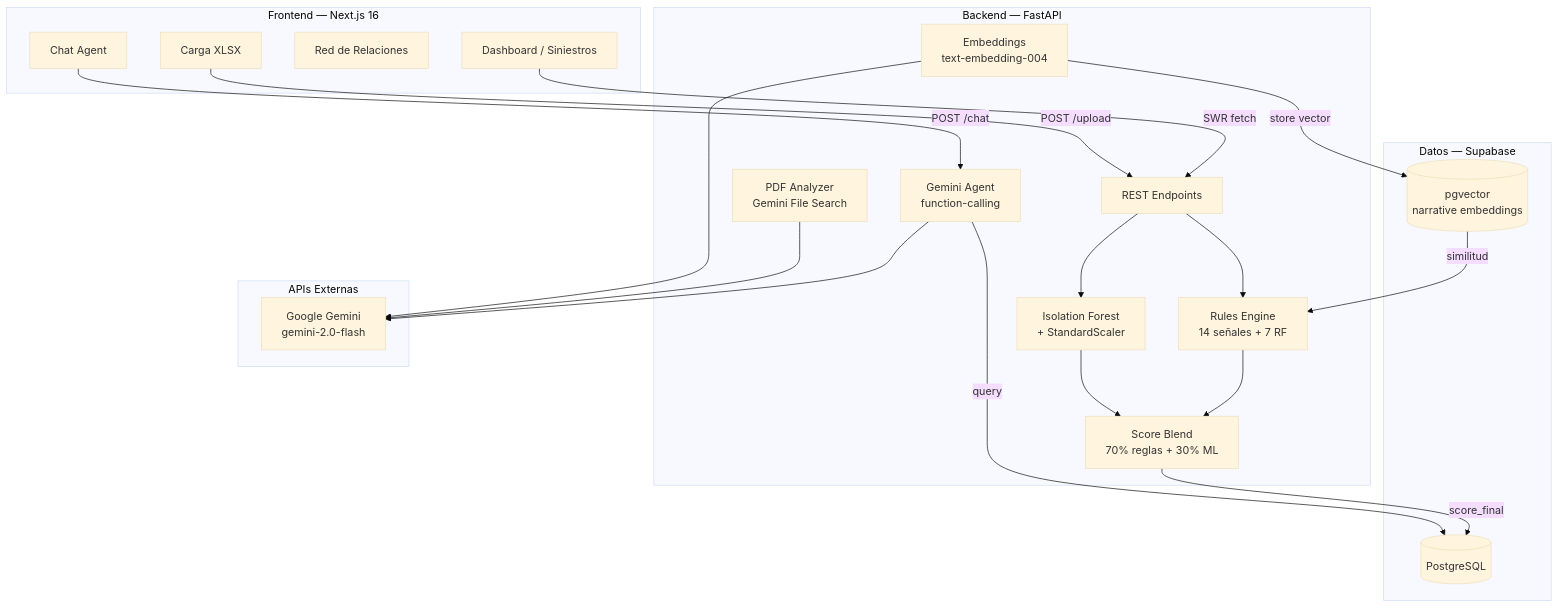
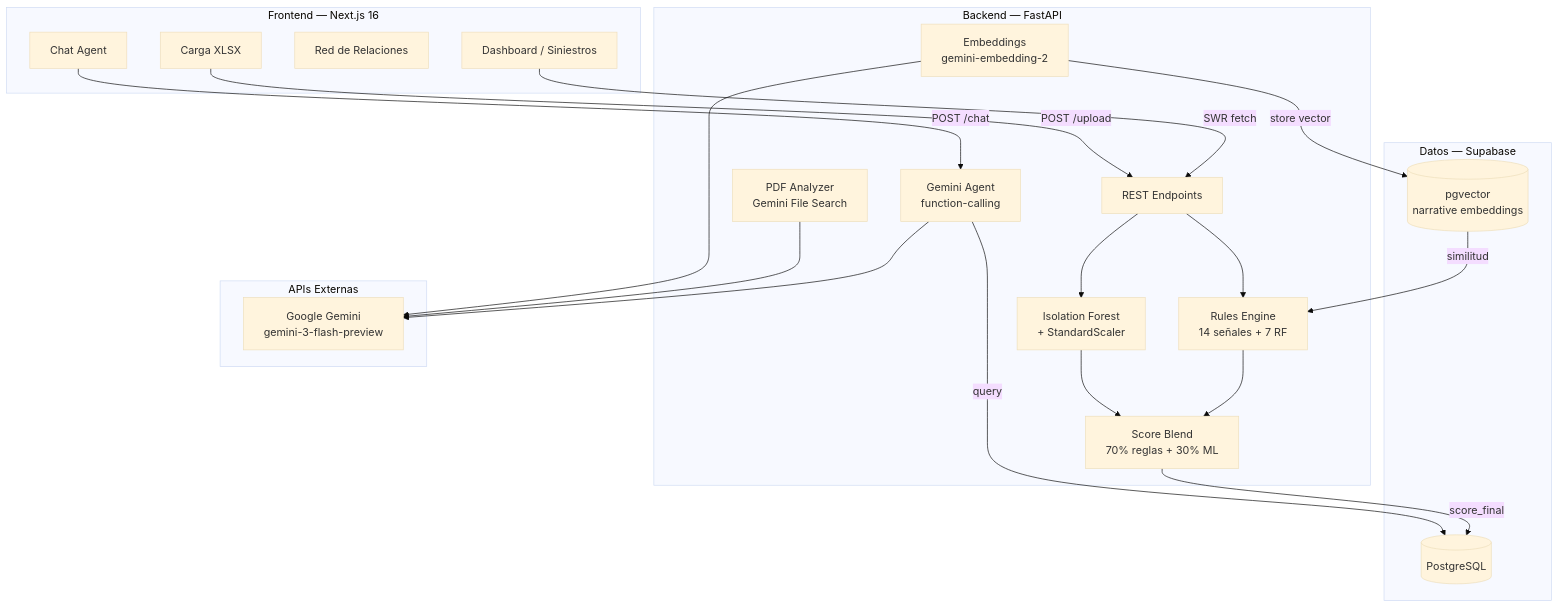
Before and after one commit to castro-bot/fraudy: the diagram in docs/arquitectura.md, drawn with Mermaid (base theme). The commit also changed 5 other files, not shown here.

````diff
--- a/docs/arquitectura.md
+++ b/docs/arquitectura.md
@@ -15,45 +15,45 @@
 ```mermaid
 flowchart TD
     subgraph Frontend["Frontend — Next.js 16"]
         DASH[Dashboard / Siniestros]
         CHAT[Chat Agent]
         RED[Red de Relaciones]
         UPLOAD[Carga XLSX]
     end
 
     subgraph Backend["Backend — FastAPI"]
         API[REST Endpoints]
         RULES[Rules Engine\n14 señales + 7 RF]
         MODEL[Isolation Forest\n+ StandardScaler]
         BLEND[Score Blend\n70% reglas + 30% ML]
         AGENT[Gemini Agent\nfunction-calling]
         PDF[PDF Analyzer\nGemini File Search]
-        EMB[Embeddings\ntext-embedding-004]
+        EMB[Embeddings\ngemini-embedding-2]
     end
 
     subgraph Data["Datos — Supabase"]
         PG[(PostgreSQL)]
         VEC[(pgvector\nnarrative embeddings)]
     end
 
     subgraph External["APIs Externas"]
-        GEM[Google Gemini\ngemini-2.0-flash]
+        GEM[Google Gemini\ngemini-3-flash-preview]
     end
 
     DASH -->|SWR fetch| API
     CHAT -->|POST /chat| AGENT
     UPLOAD -->|POST /upload| API
 
     API --> RULES
     API --> MODEL
     RULES --> BLEND
     MODEL --> BLEND
     BLEND -->|score_final| PG
 
     AGENT --> GEM
     AGENT -->|query| PG
     PDF --> GEM
     EMB --> GEM
     EMB -->|store vector| VEC
     VEC -->|similitud| RULES
 ```
````
